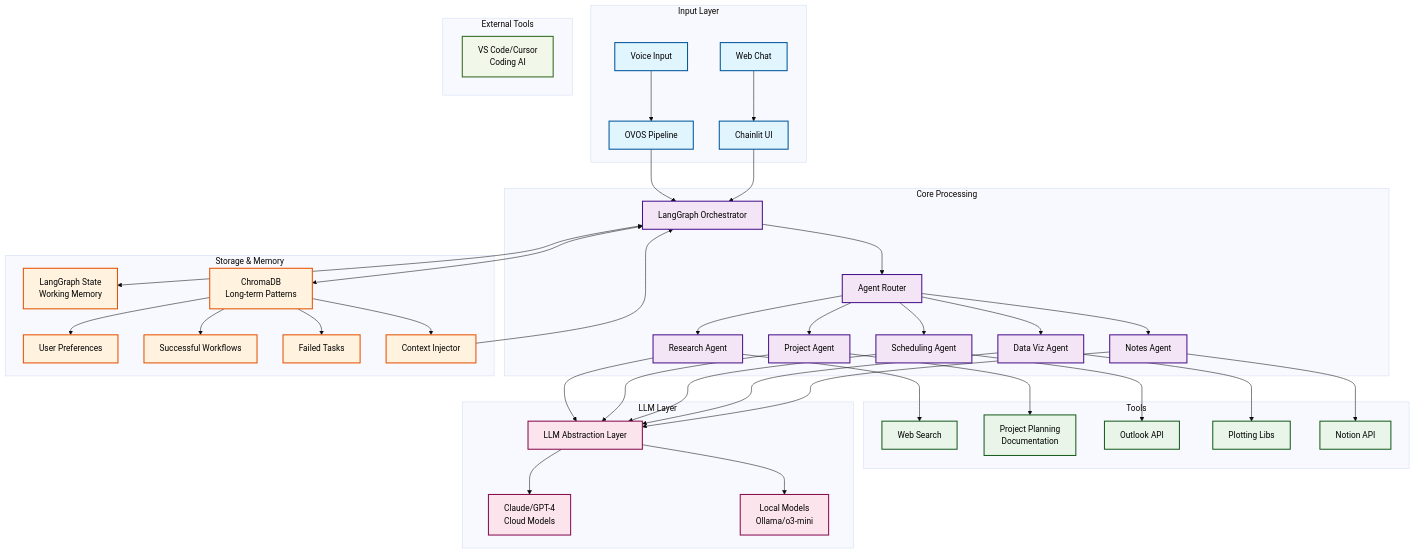
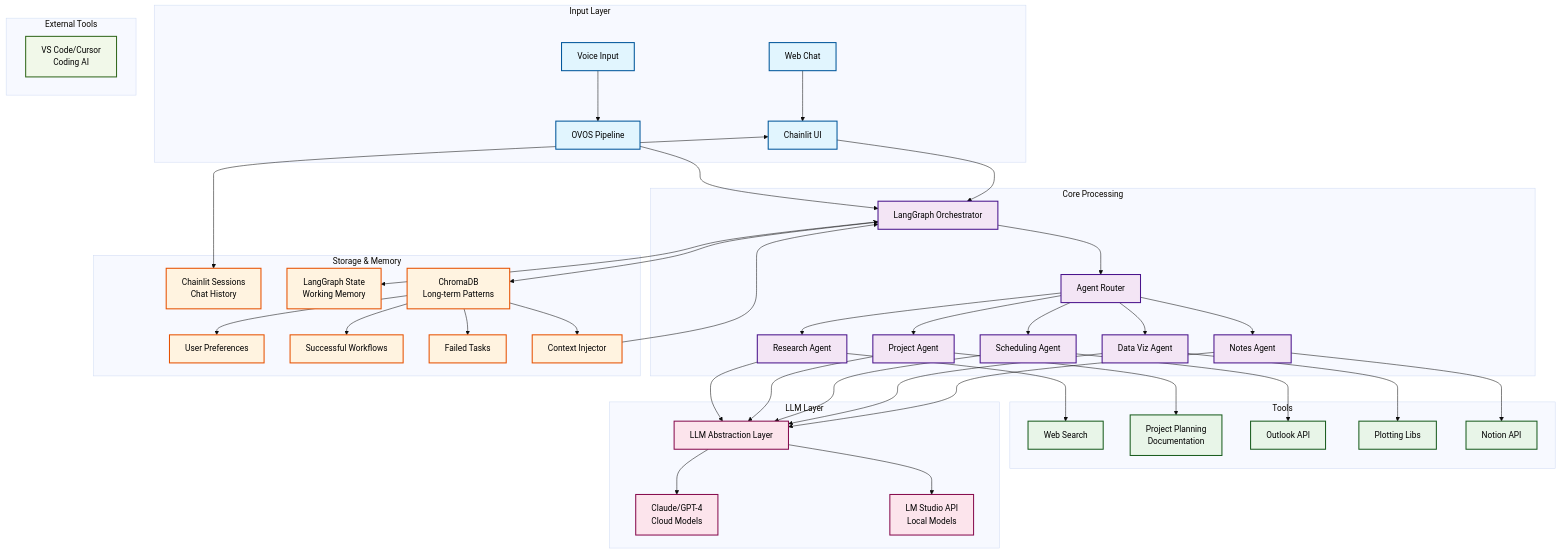
The diagram in PA Architecture Diagram_v2.mmd (ssonrexa/Personal-Assistant), drawn with Mermaid (base theme) before and after one commit.

Commit message:
Updated architecture diagram to refelct use of LM studio API for local models.

```diff
--- a/PA Architecture Diagram_v2.mmd
+++ b/PA Architecture Diagram_v2.mmd
@@ -1,62 +1,63 @@
 graph TB
     subgraph "Input Layer"
         A[Voice Input] --> B[OVOS Pipeline]
         C[Web Chat] --> D[Chainlit UI]
     end
     
     subgraph "Core Processing"
         B --> E[LangGraph Orchestrator]
         D --> E
         E --> F[Agent Router]
         F --> G[Research Agent]
         F --> H[Project Agent]
         F --> I[Scheduling Agent]
         F --> J[Data Viz Agent]
         F --> K[Notes Agent]
     end
     
     subgraph "Tools"
         G --> L[Web Search]
         H --> M[Project Planning<br/>Documentation]
         I --> N[Outlook API]
         J --> O[Plotting Libs]
         K --> P[Notion API]
     end
     
     subgraph "Storage & Memory"
-        E <--> Q[LangGraph State<br/>Working Memory]
-        E <--> R[ChromaDB<br/>Long-term Patterns]
-        R --> S[User Preferences]
-        R --> T[Successful Workflows]
-        R --> U[Failed Tasks]
-        R --> V[Context Injector]
-        V --> E
+        D <--> Q[Chainlit Sessions<br/>Chat History]
+        E <--> R[LangGraph State<br/>Working Memory]
+        E <--> S[ChromaDB<br/>Long-term Patterns]
+        S --> T[User Preferences]
+        S --> U[Successful Workflows]
+        S --> V[Failed Tasks]
+        S --> W[Context Injector]
+        W --> E
     end
     
     subgraph "LLM Layer"
-        G --> W[LLM Abstraction Layer]
-        H --> W
-        I --> W
-        J --> W
-        K --> W
-        W --> X[Claude/GPT-4<br/>Cloud Models]
-        W --> Y[Local Models<br/>Ollama/o3-mini]
+        G --> X[LLM Abstraction Layer]
+        H --> X
+        I --> X
+        J --> X
+        K --> X
+        X --> Y[Claude/GPT-4<br/>Cloud Models]
+        X --> Z[LM Studio API<br/>Local Models]
     end
     
     subgraph "External Tools"
-        Z[VS Code/Cursor<br/>Coding AI]
+        AA[VS Code/Cursor<br/>Coding AI]
     end
 
     classDef inputLayer fill:#e1f5fe,stroke:#01579b,stroke-width:2px,color:#000000
     classDef coreLayer fill:#f3e5f5,stroke:#4a148c,stroke-width:2px,color:#000000
     classDef toolLayer fill:#e8f5e8,stroke:#1b5e20,stroke-width:2px,color:#000000
     classDef storageLayer fill:#fff3e0,stroke:#e65100,stroke-width:2px,color:#000000
     classDef llmLayer fill:#fce4ec,stroke:#880e4f,stroke-width:2px,color:#000000
     classDef externalLayer fill:#f1f8e9,stroke:#33691e,stroke-width:2px,color:#000000
 
     class A,B,C,D inputLayer
     class E,F,G,H,I,J,K coreLayer
     class L,M,N,O,P toolLayer
-    class Q,R,S,T,U,V storageLayer
-    class W,X,Y llmLayer
-    class Z externalLayer
+    class Q,R,S,T,U,V,W storageLayer
+    class X,Y,Z llmLayer
+    class AA externalLayer
```
